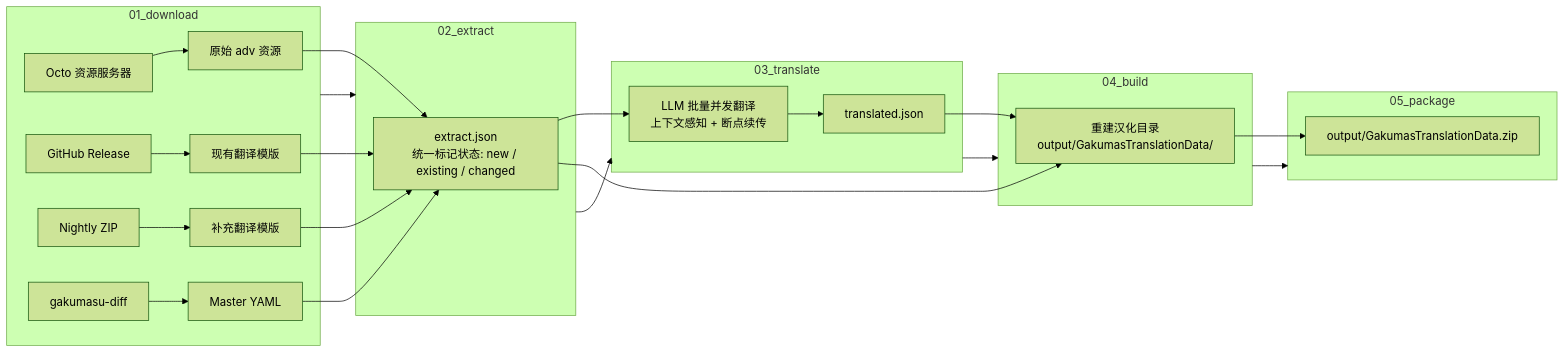
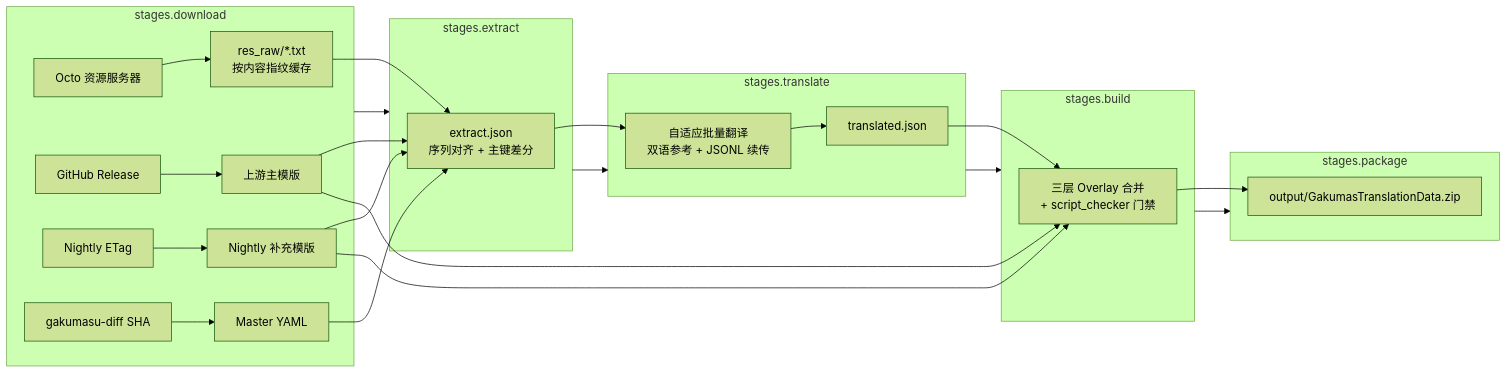
One commit to huochai67/gkm_tl changed the diagram in README.md. Above: the diagram before and after it, drawn with Mermaid (forest theme). The commit also changed other lines of this file and 25 other files, not shown here.

````diff
--- a/README.md
+++ b/README.md
@@ -25,27 +25,27 @@
 ```mermaid
 flowchart LR
-    subgraph S1 [01_download]
-        O[Octo 资源服务器] --> SR[原始 adv 资源]
-        G1[GitHub Release] --> MR[现有翻译模版]
-        G2[Nightly ZIP] --> NR[补充翻译模版]
-        G3[gakumasu-diff] --> DR[Master YAML]
+    subgraph S1 [stages.download]
+        O[Octo 资源服务器] --> SR[res_raw/*.txt<br/>按内容指纹缓存]
+        G1[GitHub Release] --> MR[上游主模版]
+        G2[Nightly ETag] --> NR[Nightly 补充模版]
+        G3[gakumasu-diff SHA] --> DR[Master YAML]
     end
 
-    subgraph S2 [02_extract]
-        SR & MR & NR & DR --> EXT[extract.json<br/>统一标记状态: new / existing / changed]
+    subgraph S2 [stages.extract]
+        SR & MR & NR & DR --> EXT[extract.json<br/>序列对齐 + 主键差分]
     end
 
-    subgraph S3 [03_translate]
-        EXT --> LLM[LLM 批量并发翻译<br/>上下文感知 + 断点续传] --> TR[translated.json]
+    subgraph S3 [stages.translate]
+        EXT --> LLM[自适应批量翻译<br/>双语参考 + JSONL 续传] --> TR[translated.json]
     end
 
-    subgraph S4 [04_build]
-        TR & EXT --> BLD[重建汉化目录<br/>output/GakumasTranslationData/]
+    subgraph S4 [stages.build]
+        NR & MR & TR --> BLD[三层 Overlay 合并<br/>+ script_checker 门禁]
     end
 
-    subgraph S5 [05_package]
+    subgraph S5 [stages.package]
         BLD --> ZIP[output/GakumasTranslationData.zip]
     end
 
     S1 --> S2 --> S3 --> S4 --> S5
 ```
````
